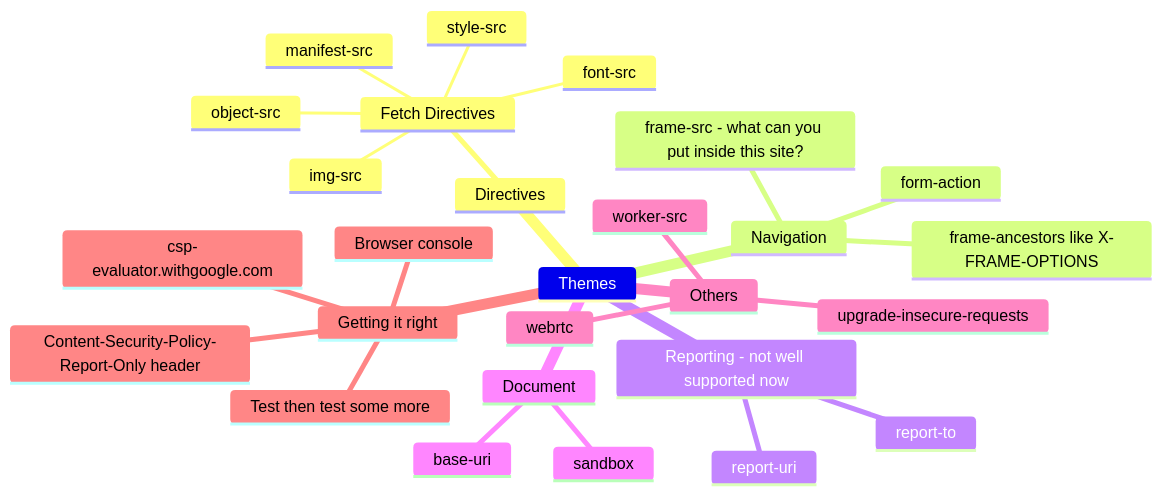
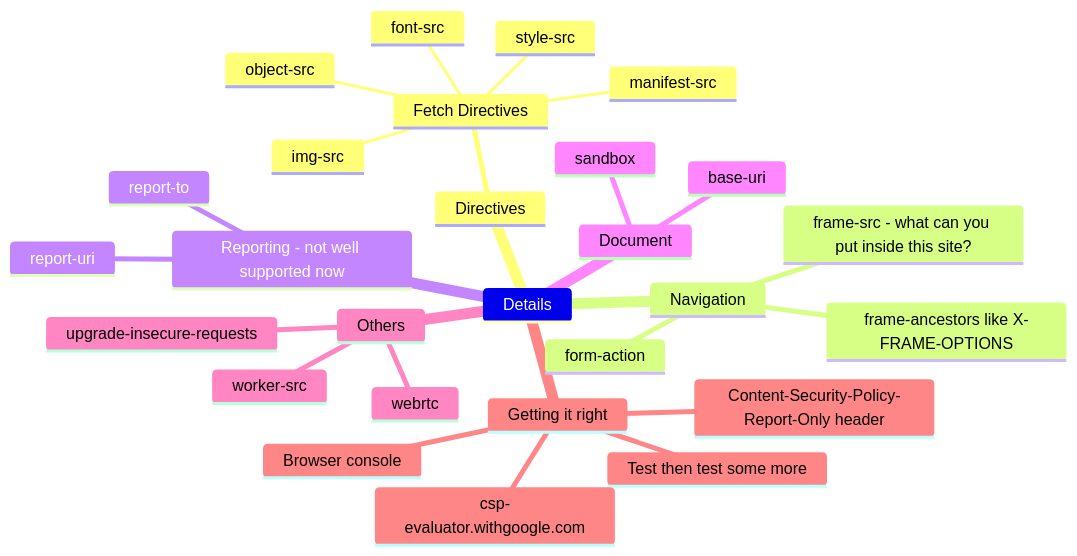
One commit to gitstua/Mindmaps changed the second of 2 diagrams in csp.md. Above: the diagram before and after it, drawn with Mermaid. The commit also changed other lines of this file, not shown here.

First line of the commit message:
Enhance csp.md with overview and details sections

````diff
--- a/csp.md
+++ b/csp.md
@@ -40,30 +41,30 @@
 ```mermaid
 mindmap
-Themes
+Details
   Directives
     Fetch Directives
       manifest-src
       img-src
       font-src
       object-src
       style-src
   Navigation
     frame-ancestors like X-FRAME-OPTIONS
     frame-src - what can you put inside this site?
     form-action
   Reporting - not well supported now
     report-uri
     report-to
   Document
     sandbox
     base-uri
   Others
     worker-src
     webrtc
     upgrade-insecure-requests
   Getting it right
     Content-Security-Policy-Report-Only header
     Test then test some more
     csp-evaluator.withgoogle.com
     Browser console
 ```
````
